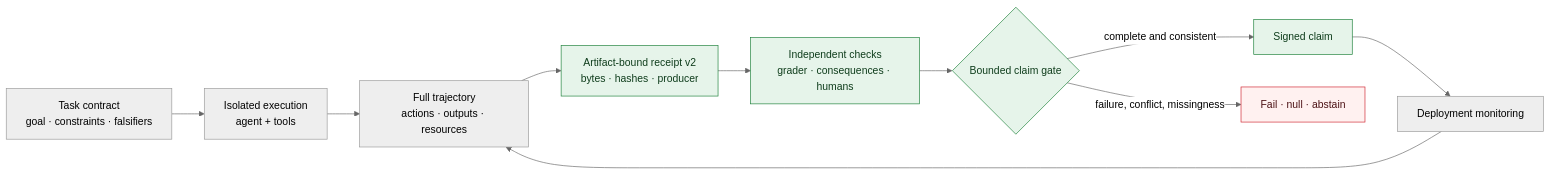
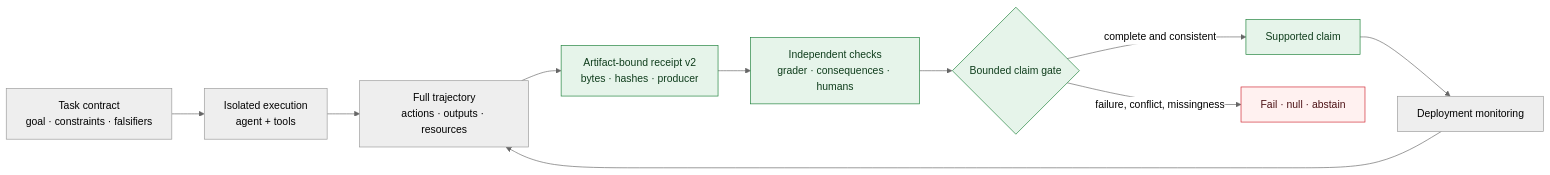
One commit to manfromnowhere143/telos changed the diagram in README.md. Above: the diagram before and after it, drawn with Mermaid (neutral theme). The commit also changed other lines of this file and 49 other files, not shown here.

````diff
--- a/README.md
+++ b/README.md
@@ -315,16 +115,16 @@
 ```mermaid
 flowchart LR
  A["Task contract<br/>goal · constraints · falsifiers"]-->B["Isolated execution<br/>agent + tools"]
  B-->C["Full trajectory<br/>actions · outputs · resources"]
  C-->D["Artifact-bound receipt v2<br/>bytes · hashes · producer"]
  D-->E["Independent checks<br/>grader · consequences · humans"]
  E-->F{"Bounded claim gate"}
- F-->|complete and consistent|G["Signed claim"]
+ F-->|complete and consistent|G["Supported claim"]
  F-->|failure, conflict, missingness|H["Fail · null · abstain"]
  G-->I["Deployment monitoring"]
  I-->C
  classDef active fill:#e6f4ea,stroke:#1a7f37,color:#0f3d1c;
  classDef stop fill:#fff1f0,stroke:#cf222e,color:#4c1114;
  class D,E,F,G active;
  class H stop;
 ```
````
